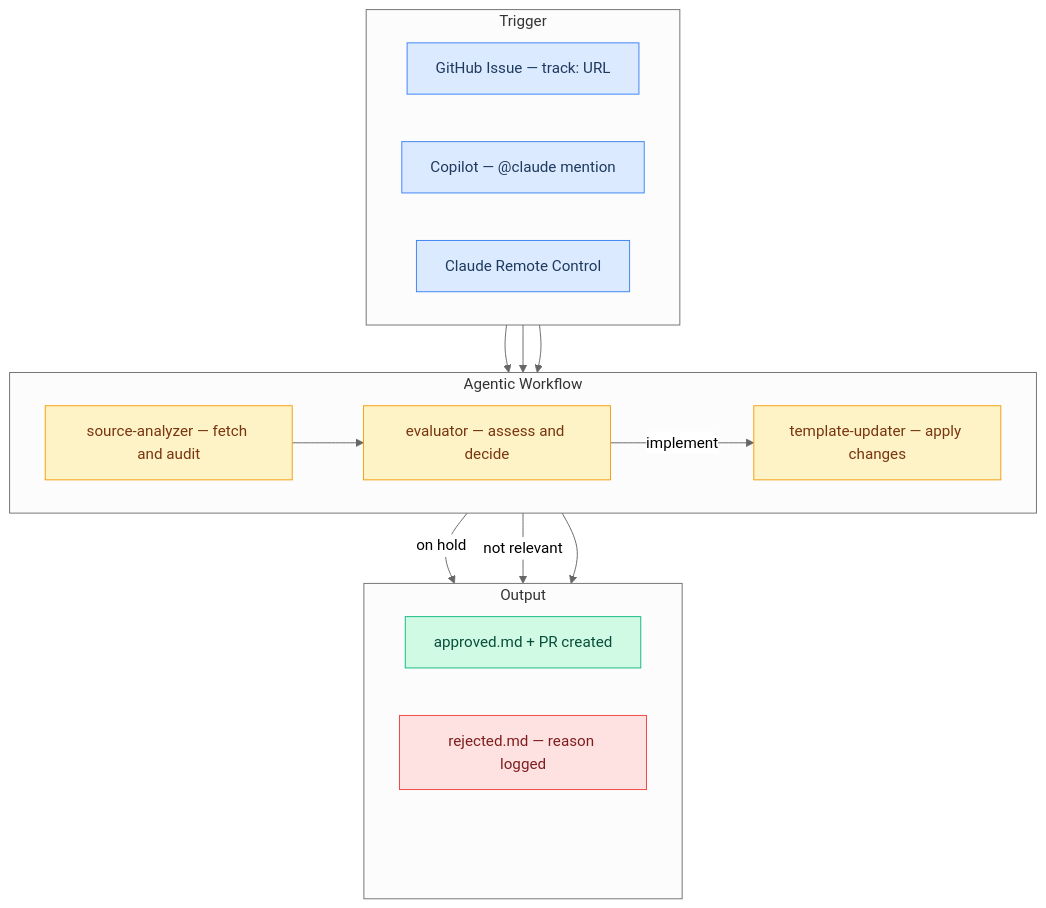
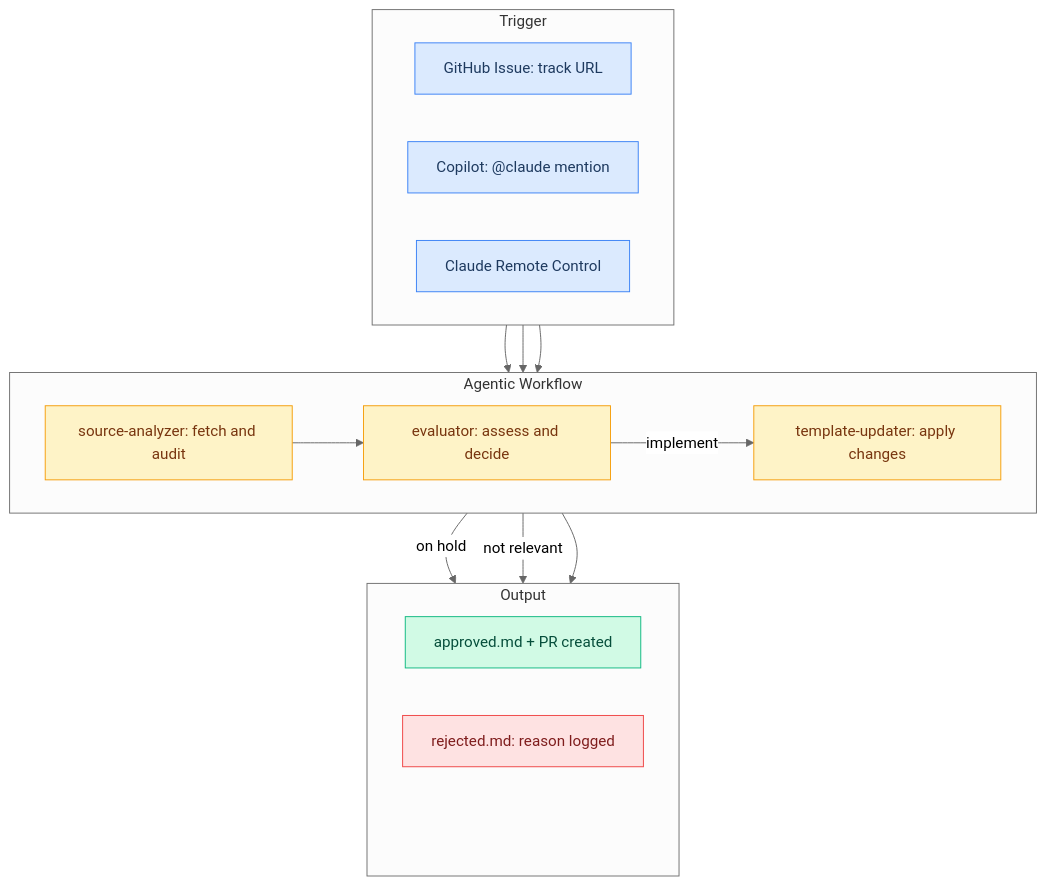
The diagram in README.md (sercandumansiz/claude-code-template), drawn with Mermaid (neutral theme) before and after one commit. The commit also changed other lines of this file and 1 other file, not shown here.

Commit message:
docs: add em dash style rule and update README formatting

````diff
--- a/README.md
+++ b/README.md
@@ -67,44 +67,44 @@
 ```mermaid
 graph TB
   subgraph Trigger
     direction LR
-    I[GitHub Issue — track: URL]
-    C[Copilot — @claude mention]
+    I[GitHub Issue: track URL]
+    C[Copilot: @claude mention]
     R[Claude Remote Control]
   end
 
   subgraph Agentic Workflow
     direction LR
-    SA[source-analyzer — fetch and audit]
-    EV[evaluator — assess and decide]
-    TU[template-updater — apply changes]
+    SA[source-analyzer: fetch and audit]
+    EV[evaluator: assess and decide]
+    TU[template-updater: apply changes]
   end
 
   subgraph Output
     direction LR
     AP[approved.md + PR created]
-    RJ[rejected.md — reason logged]
+    RJ[rejected.md: reason logged]
     _[ ]
   end
 
   I --> SA
   C --> SA
   R --> SA
   SA --> EV
   EV -->|implement| TU
   EV -->|on hold| RJ
   EV -->|not relevant| RJ
   TU --> AP
 
   classDef trigger fill:#dbeafe,stroke:#3b82f6,color:#1e3a5f
   classDef workflow fill:#fef3c7,stroke:#f59e0b,color:#78350f
   classDef approved fill:#d1fae5,stroke:#10b981,color:#064e3b
   classDef rejected fill:#fee2e2,stroke:#ef4444,color:#7f1d1d
   classDef hidden fill:none,stroke:none,color:transparent
 
   class I,C,R trigger
   class SA,EV,TU workflow
   class AP approved
   class RJ rejected
   class _ hidden
 ```
````
